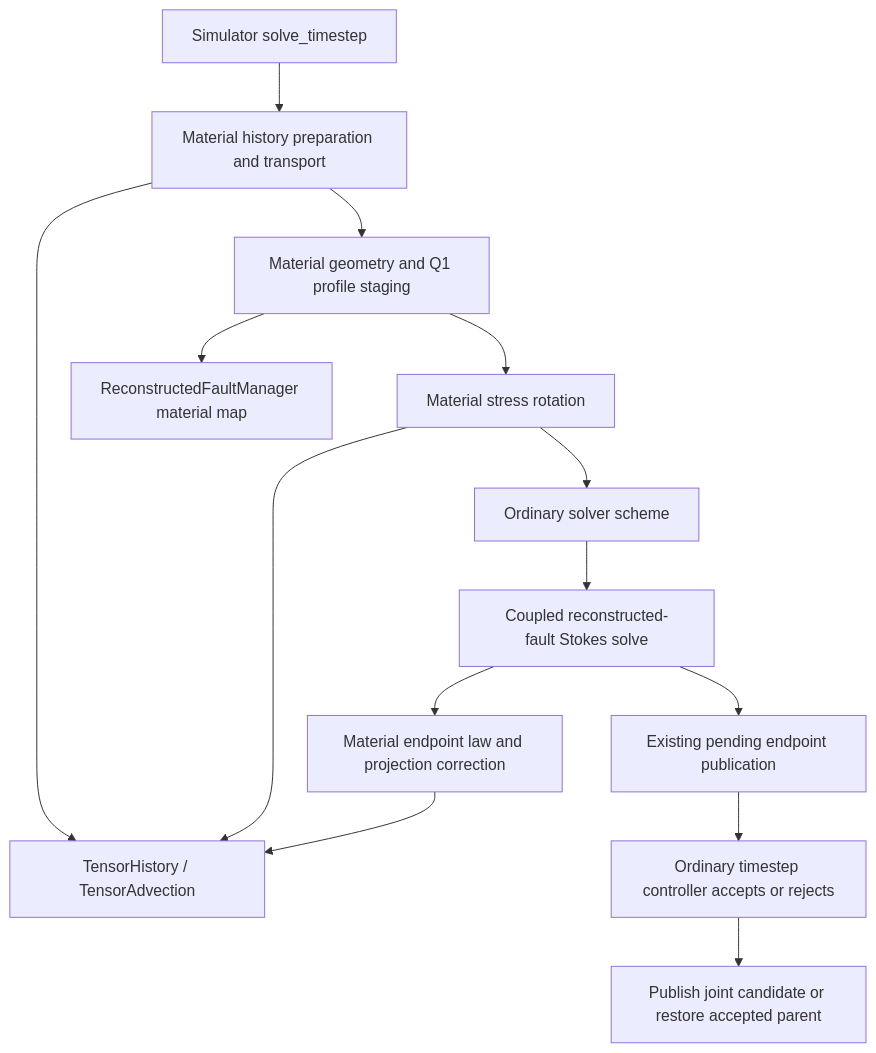
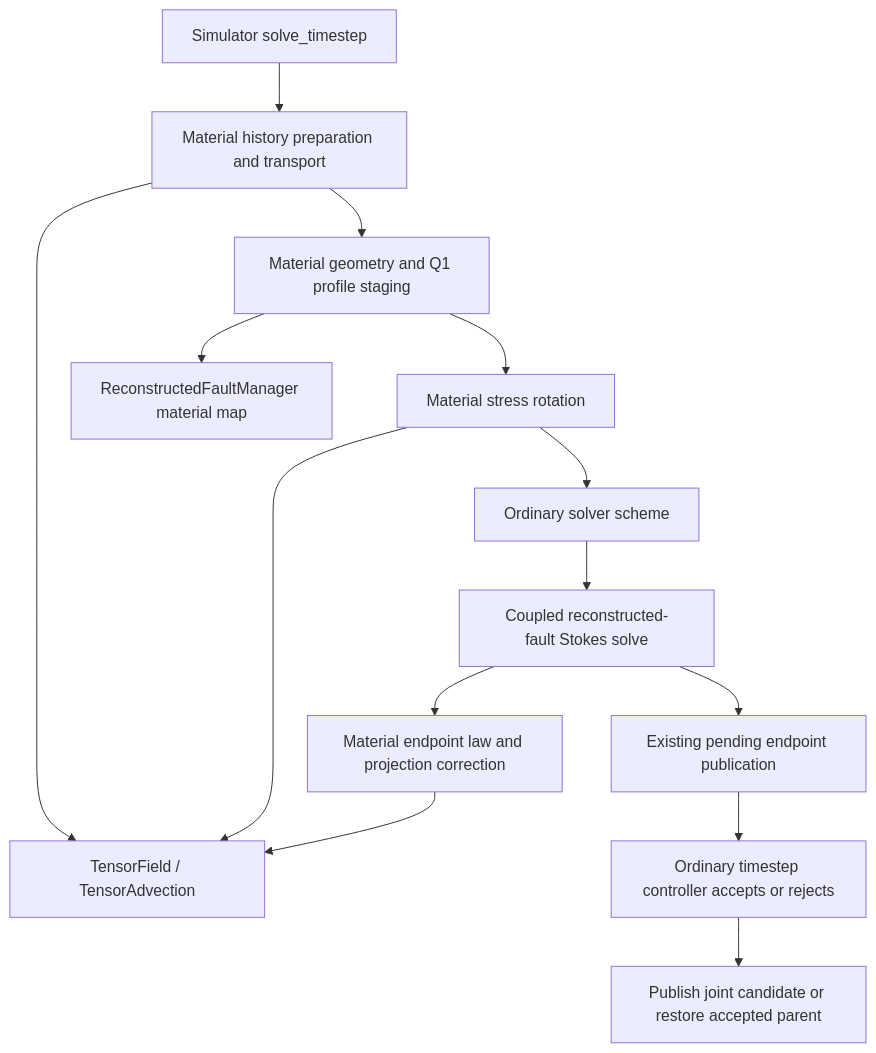
One commit to YiminJin/aspect changed the diagram in doc/reconstructed_fault/particle_free/MATURE_MOVING_FAULT.md. Above: the diagram before and after it, drawn with Mermaid. The commit also changed other lines of this file and 145 other files, not shown here.

First line of the commit message:
Separate numerical tensor fields from fault history and document updates

````diff
--- a/doc/reconstructed_fault/particle_free/MATURE_MOVING_FAULT.md
+++ b/doc/reconstructed_fault/particle_free/MATURE_MOVING_FAULT.md
@@ -54,16 +54,16 @@
 ```mermaid
 flowchart TD
   A[Simulator solve_timestep] --> B[Material history preparation and transport]
-  B --> H[TensorHistory / TensorAdvection]
+  B --> H[TensorField / TensorAdvection]
   B --> C[Material geometry and Q1 profile staging]
   C --> G[ReconstructedFaultManager material map]
   C --> D[Material stress rotation]
   D --> H
   D --> E[Ordinary solver scheme]
   E --> F[Coupled reconstructed-fault Stokes solve]
   F --> R[Material endpoint law and projection correction]
   R --> H
   F --> P[Existing pending endpoint publication]
   P --> T[Ordinary timestep controller accepts or rejects]
   T --> J[Publish joint candidate or restore accepted parent]
 ```
````
